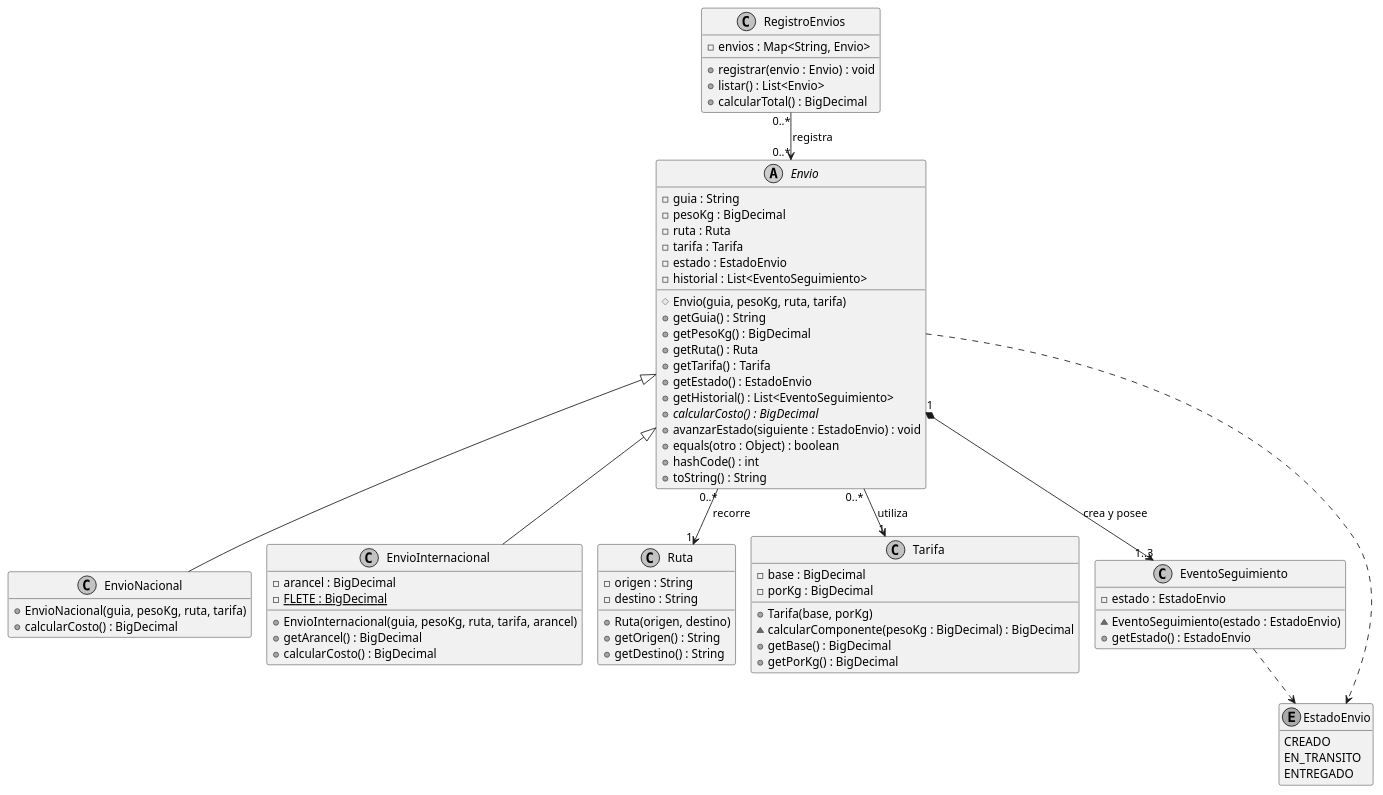
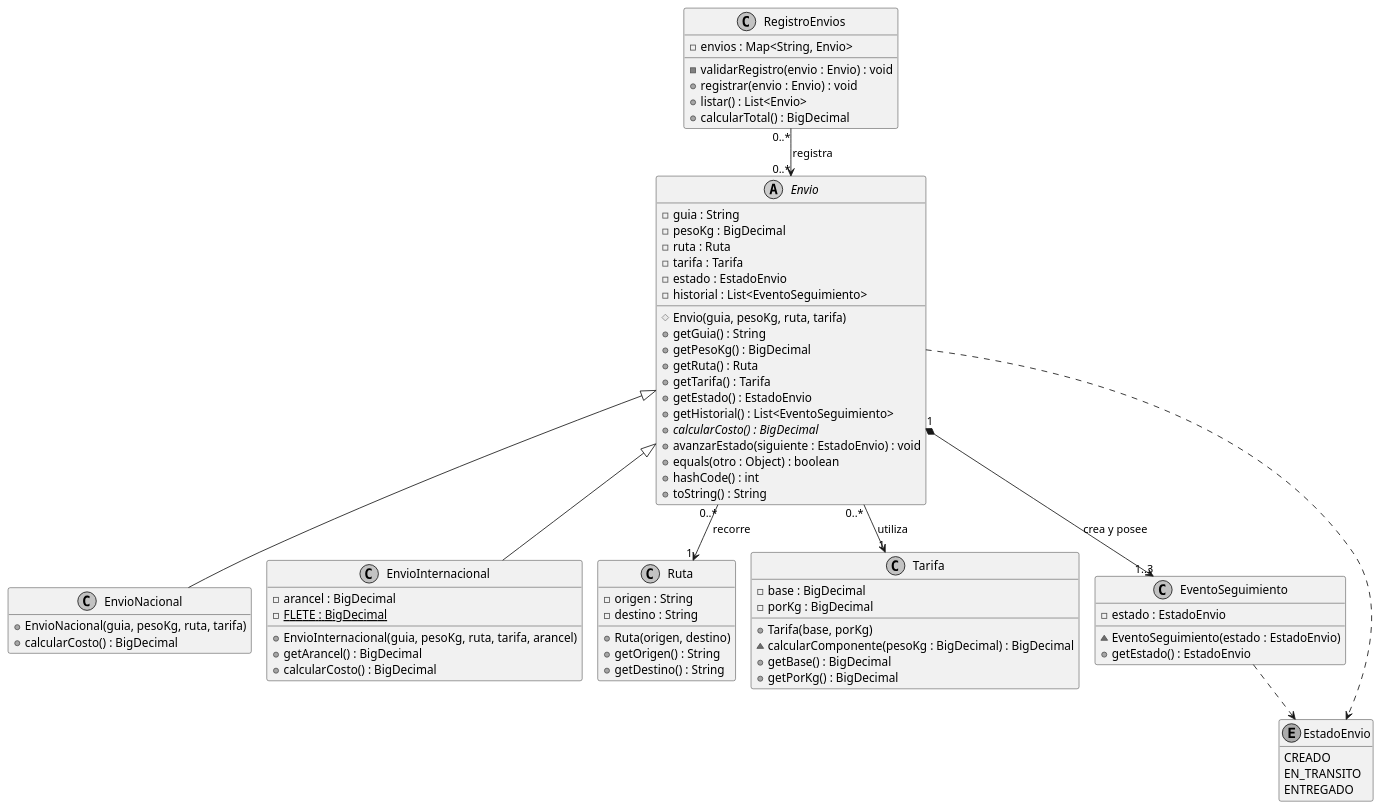
Before and after one commit to JEIJEIMARTINEZ/ACT06-Logistica: the diagram in docs/modelo.puml, drawn with PlantUML. The commit also changed 5 other files, not shown here.

```diff
--- a/docs/modelo.puml
+++ b/docs/modelo.puml
@@ -1,77 +1,78 @@
 @startuml
 !pragma layout smetana
 skinparam monochrome true
 skinparam shadowing false
 hide empty members
 top to bottom direction
 abstract class Envio {
  - guia : String
  - pesoKg : BigDecimal
  - ruta : Ruta
  - tarifa : Tarifa
  - estado : EstadoEnvio
  - historial : List<EventoSeguimiento>
  # Envio(guia, pesoKg, ruta, tarifa)
  + getGuia() : String
  + getPesoKg() : BigDecimal
  + getRuta() : Ruta
  + getTarifa() : Tarifa
  + getEstado() : EstadoEnvio
  + getHistorial() : List<EventoSeguimiento>
  {abstract} + calcularCosto() : BigDecimal
  + avanzarEstado(siguiente : EstadoEnvio) : void
  + equals(otro : Object) : boolean
  + hashCode() : int
  + toString() : String
 }
 class EnvioNacional {
  + EnvioNacional(guia, pesoKg, ruta, tarifa)
  + calcularCosto() : BigDecimal
 }
 class EnvioInternacional {
  - arancel : BigDecimal
  {static} - FLETE : BigDecimal
  + EnvioInternacional(guia, pesoKg, ruta, tarifa, arancel)
  + getArancel() : BigDecimal
  + calcularCosto() : BigDecimal
 }
 class Ruta {
  - origen : String
  - destino : String
  + Ruta(origen, destino)
  + getOrigen() : String
  + getDestino() : String
 }
 class Tarifa {
  - base : BigDecimal
  - porKg : BigDecimal
  + Tarifa(base, porKg)
  ~ calcularComponente(pesoKg : BigDecimal) : BigDecimal
  + getBase() : BigDecimal
  + getPorKg() : BigDecimal
 }
 class RegistroEnvios {
  - envios : Map<String, Envio>
+ - validarRegistro(envio : Envio) : void
  + registrar(envio : Envio) : void
  + listar() : List<Envio>
  + calcularTotal() : BigDecimal
 }
 class EventoSeguimiento {
  - estado : EstadoEnvio
  ~ EventoSeguimiento(estado : EstadoEnvio)
  + getEstado() : EstadoEnvio
 }
 enum EstadoEnvio {
  CREADO
  EN_TRANSITO
  ENTREGADO
 }
 Envio <|-- EnvioNacional
 Envio <|-- EnvioInternacional
 RegistroEnvios "0..*" --> "0..*" Envio : registra
 Envio "0..*" --> "1" Ruta : recorre
 Envio "0..*" --> "1" Tarifa : utiliza
 Envio "1" *--> "1..3" EventoSeguimiento : crea y posee
 Envio ..> EstadoEnvio
 EventoSeguimiento ..> EstadoEnvio
 @enduml
```
